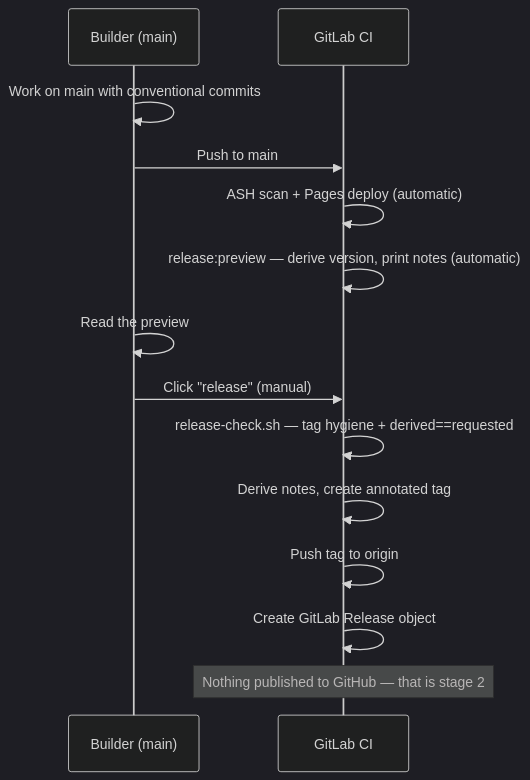
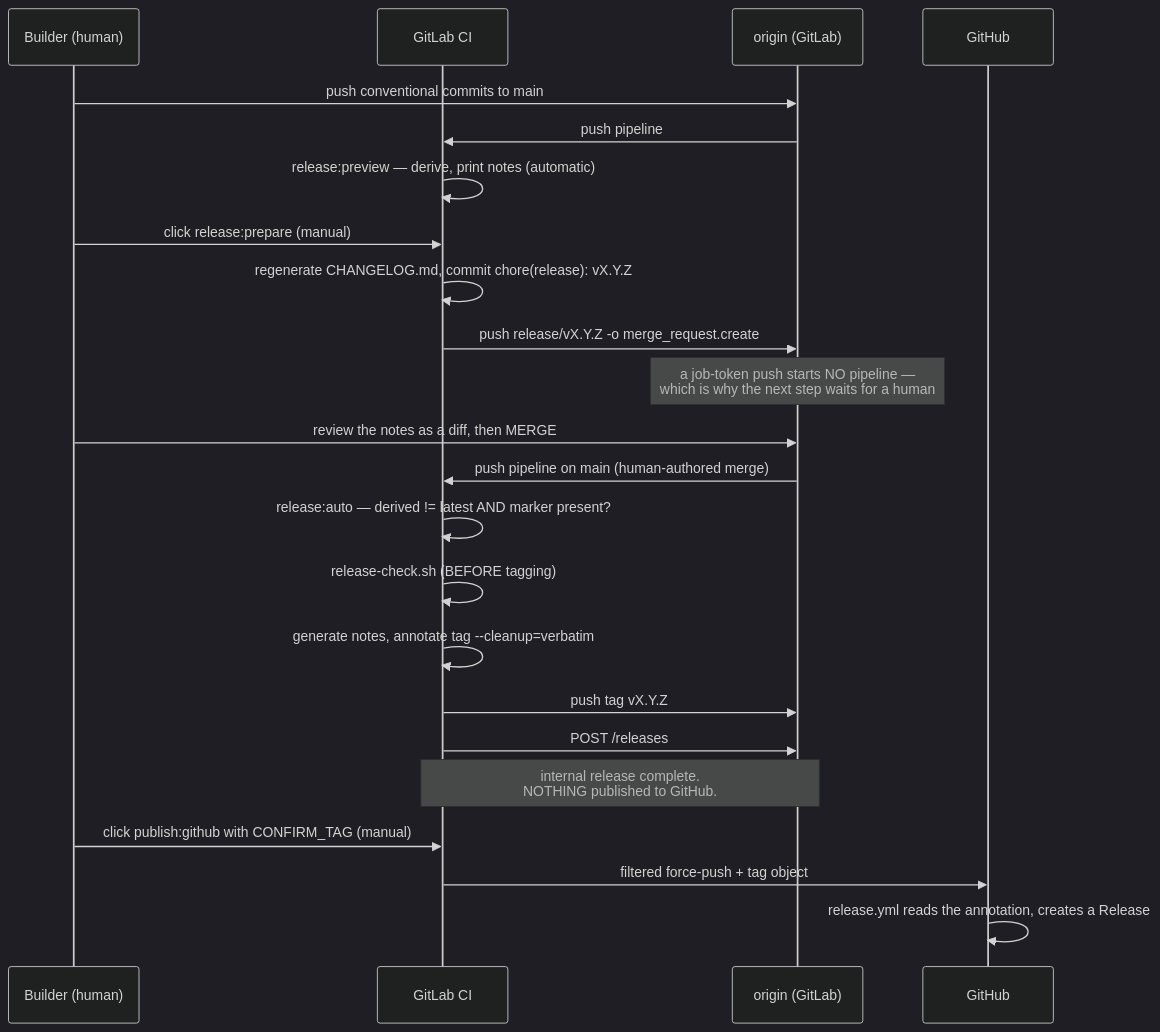
The diagram in docs/docs/developer-docs/internal/operations/runbooks/releasing.md (aws-samples/sample-innovation-patterns), drawn with Mermaid (dark theme) before and after one commit. The commit also changed other lines of this file and 13 other files, not shown here.

````diff
--- a/docs/docs/developer-docs/internal/operations/runbooks/releasing.md
+++ b/docs/docs/developer-docs/internal/operations/runbooks/releasing.md
@@ -287,17 +426,29 @@
 ```mermaid
 sequenceDiagram
-    participant Dev as Builder (main)
+    participant H as Builder (human)
     participant CI as GitLab CI
+    participant O as origin (GitLab)
+    participant GH as GitHub
 
-    Dev->>Dev: Work on main with conventional commits
-    Dev->>CI: Push to main
-    CI->>CI: ASH scan + Pages deploy (automatic)
-    CI->>CI: release:preview — derive version, print notes (automatic)
-    Dev->>Dev: Read the preview
-    Dev->>CI: Click "release" (manual)
-    CI->>CI: release-check.sh — tag hygiene + derived==requested
-    CI->>CI: Derive notes, create annotated tag
-    CI->>CI: Push tag to origin
-    CI->>CI: Create GitLab Release object
-    Note over CI: Nothing published to GitHub — that is stage 2
+    H->>O: push conventional commits to main
+    O->>CI: push pipeline
+    CI->>CI: release:preview — derive, print notes (automatic)
+
+    H->>CI: click release:prepare (manual)
+    CI->>CI: regenerate CHANGELOG.md, commit chore(release): vX.Y.Z
+    CI->>O: push release/vX.Y.Z -o merge_request.create
+    Note over O: a job-token push starts NO pipeline —<br/>which is why the next step waits for a human
+
+    H->>O: review the notes as a diff, then MERGE
+    O->>CI: push pipeline on main (human-authored merge)
+    CI->>CI: release:auto — derived != latest AND marker present?
+    CI->>CI: release-check.sh (BEFORE tagging)
+    CI->>CI: generate notes, annotate tag --cleanup=verbatim
+    CI->>O: push tag vX.Y.Z
+    CI->>O: POST /releases
+    Note over CI,O: internal release complete.<br/>NOTHING published to GitHub.
+
+    H->>CI: click publish:github with CONFIRM_TAG (manual)
+    CI->>GH: filtered force-push + tag object
+    GH->>GH: release.yml reads the annotation, creates a Release
 ```
````
